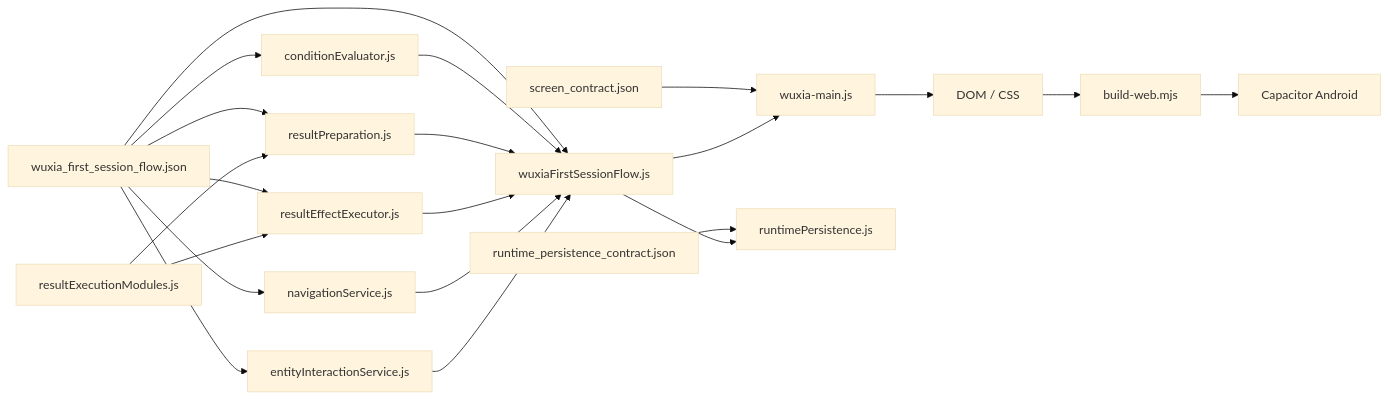
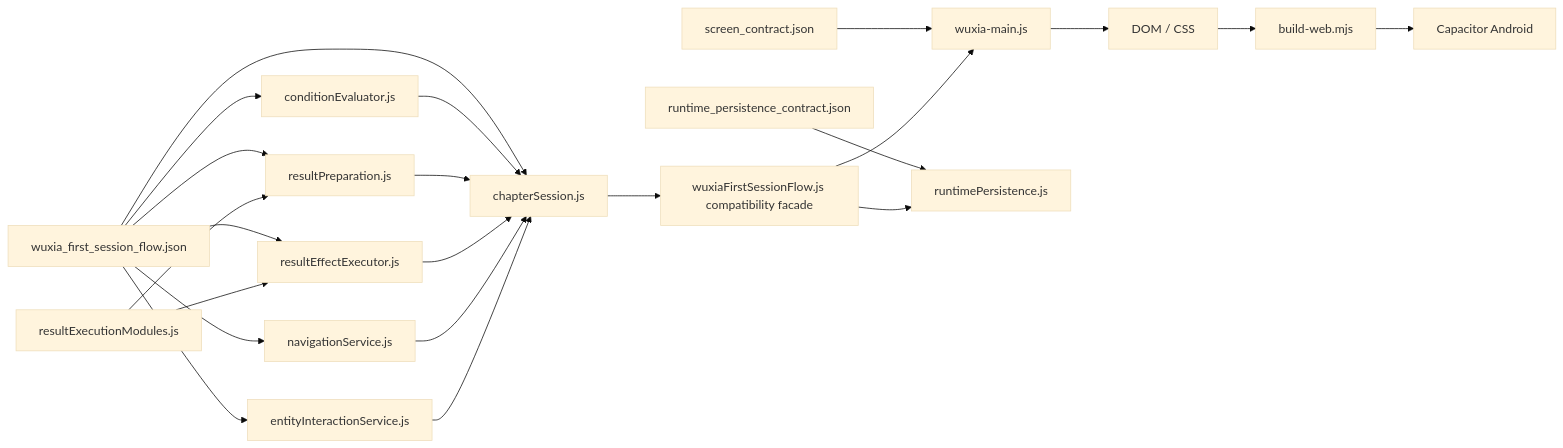
Before and after one commit to hjklmn314/idlewuxia: the first of 2 diagrams in docs/codex_game_development_os/SYSTEM_ARCHITECTURE.md, drawn with Mermaid (base theme). The commit also changed other lines of this file and 17 other files, not shown here.

Commit message:
refactor: extract chapter session runtime

````diff
--- a/docs/codex_game_development_os/SYSTEM_ARCHITECTURE.md
+++ b/docs/codex_game_development_os/SYSTEM_ARCHITECTURE.md
@@ -14,23 +14,24 @@
 ```mermaid
 flowchart LR
-    A["wuxia_first_session_flow.json"] --> B["wuxiaFirstSessionFlow.js"]
+    A["wuxia_first_session_flow.json"] --> P["chapterSession.js"]
     C["screen_contract.json"] --> D["wuxia-main.js"]
     E["runtime_persistence_contract.json"] --> F["runtimePersistence.js"]
     A --> K["conditionEvaluator.js"]
     A --> L["resultPreparation.js"]
     A --> M["resultEffectExecutor.js"]
     A --> N["navigationService.js"]
     A --> O["entityInteractionService.js"]
-    K --> B
-    L --> B
-    M --> B
-    N --> B
-    O --> B
+    K --> P
+    L --> P
+    M --> P
+    N --> P
+    O --> P
+    P --> B["wuxiaFirstSessionFlow.js compatibility facade"]
     B --> D
     D --> G["DOM / CSS"]
     B --> F
     H["resultExecutionModules.js"] --> L
     H --> M
     G --> I["build-web.mjs"]
     I --> J["Capacitor Android"]
 ```
````
